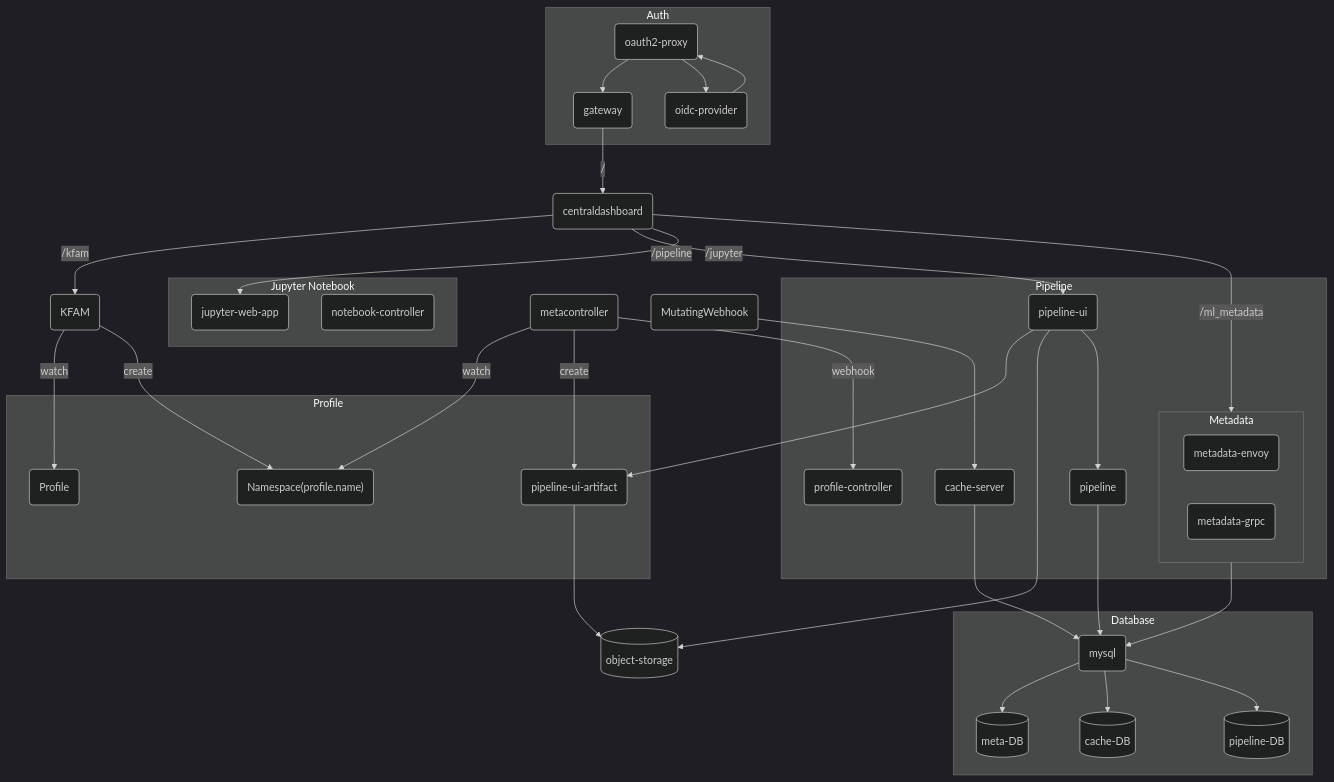
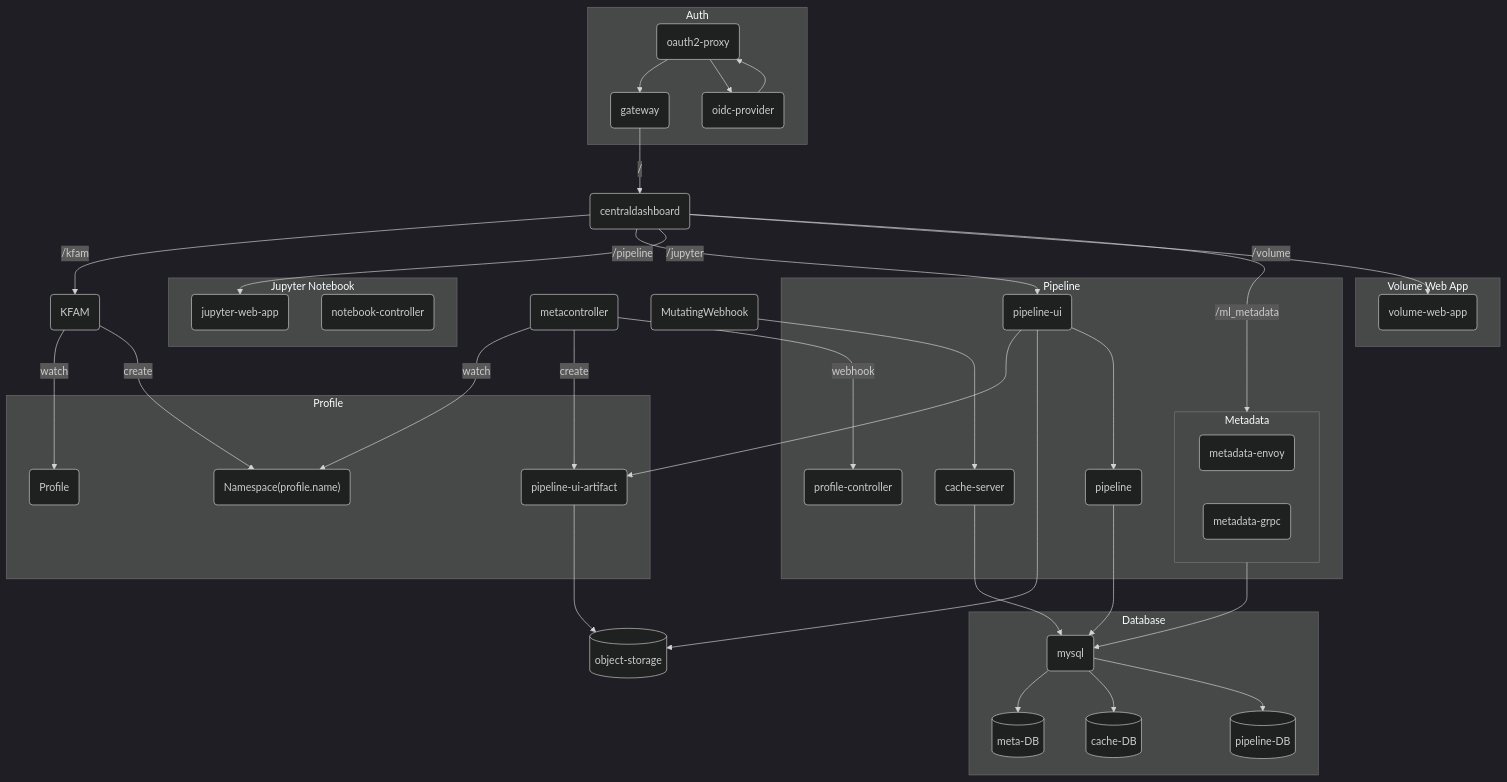
Before and after one commit to hhk7734/wiki: the diagram in docs/mlops/mlops/kubeflow/architecture.mdx, drawn with Mermaid (dark theme). The commit also changed 6 other files, not shown here.

````diff
--- a/docs/mlops/mlops/kubeflow/architecture.mdx
+++ b/docs/mlops/mlops/kubeflow/architecture.mdx
@@ -17,69 +17,74 @@
 ```mermaid
 flowchart
   subgraph Auth
     Gateway(gateway)
     Oauth2Proxy(oauth2-proxy)
     OIDCProvider(oidc-provider)
   end
 
   Oauth2Proxy --> Gateway
   Oauth2Proxy --> OIDCProvider
   OIDCProvider --> Oauth2Proxy
 
   CentralDashboard(centraldashboard)
   ObjectStorage[(object-storage)]
   MetaController(metacontroller)
   KFAM(KFAM)
 
 
   subgraph PBox [Pipeline]
     subgraph META [Metadata]
       METAE(metadata-envoy)
       METAG(metadata-grpc)
     end
     CACHE(cache-server)
     Pipeline(pipeline)
     PipelineUI(pipeline-ui)
     ProfileController(profile-controller)
   end
 
   subgraph DBox [Database]
     DB(mysql)
     MDB[(meta-DB)]
     CDB[(cache-DB)]
     PDB[(pipeline-DB)]
   end
 
   subgraph PFBox [Profile]
     Profile(Profile)
     ProfileNamespace("Namespace(profile.name)")
     PiepelineUIArtifact(pipeline-ui-artifact)
   end
 
   subgraph JNBox [Jupyter Notebook]
     JupyterWebApp(jupyter-web-app)
     NotebookController(notebook-controller)
   end
 
+  subgraph VABox [Volume Web App]
+    VolumeWebApp(volume-web-app)
+  end
+
   MW(MutatingWebhook)
 
   Gateway -- / --> CentralDashboard
   PipelineUI --> PiepelineUIArtifact
   PipelineUI --> ObjectStorage
   PipelineUI --> Pipeline
   CentralDashboard -- /kfam --> KFAM
   CentralDashboard -- /pipeline --> PipelineUI
   CentralDashboard -- /ml_metadata --> META
   CentralDashboard -- /jupyter --> JupyterWebApp
+  CentralDashboard -- /volume --> VolumeWebApp
   DB --> MDB & CDB & PDB
   META --> DB
   Pipeline --> DB
   CACHE --> DB
   MW --> CACHE
   MetaController -- webhook --> ProfileController
   KFAM -- watch --> Profile
   KFAM -- create --> ProfileNamespace
   MetaController -- watch --> ProfileNamespace
   MetaController -- create --> PiepelineUIArtifact
   PiepelineUIArtifact --> ObjectStorage
 ```
````
